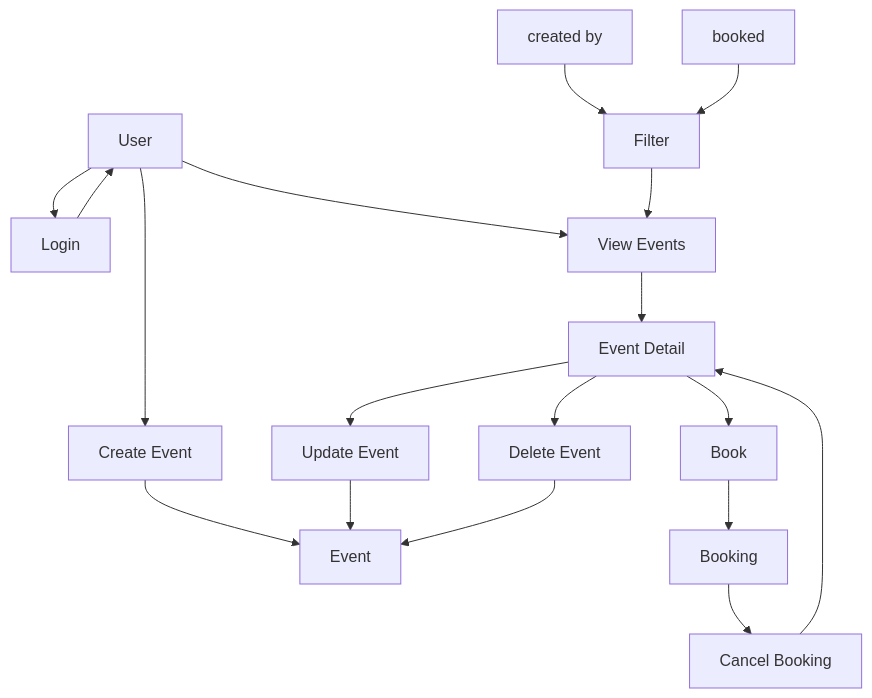
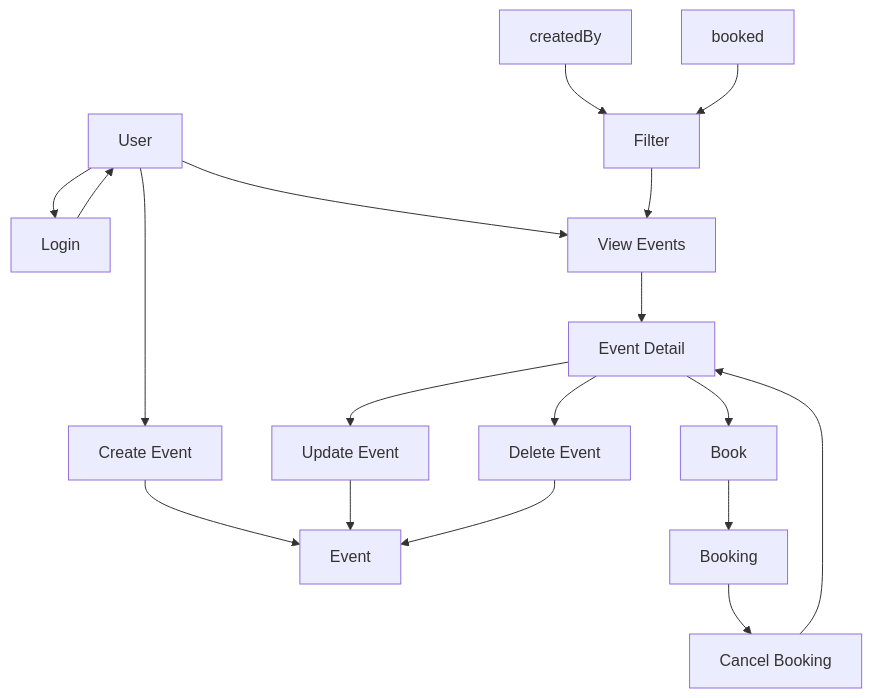
Before and after one commit to wakidurrahman/meeting-schedule-apps: the second of 13 diagrams in README.md, drawn with Mermaid. The commit also changed other lines of this file and 6 other files, not shown here.

````diff
--- a/README.md
+++ b/README.md
@@ -55,28 +57,28 @@
 ```mermaid
 graph TD
 U["User"]
 L["Login"]
 CE["Create Event"]
 UE["Update Event"]
 DE["Delete Event"]
 VE["View Events"]
 F["Filter"]
-F1["created by"]
+F1["createdBy"]
 F2["booked"]
 EV["Event"]
 ED["Event Detail"]
 BK["Book"]
 CB["Cancel Booking"]
 B["Booking"]
 
 U --> L --> U
 U --> CE --> EV
 U --> VE --> ED
 ED --> UE --> EV
 ED --> DE --> EV
 ED --> BK --> B
 B --> CB --> ED
 F1 --> F
 F2 --> F
 F --> VE
 ```
````
